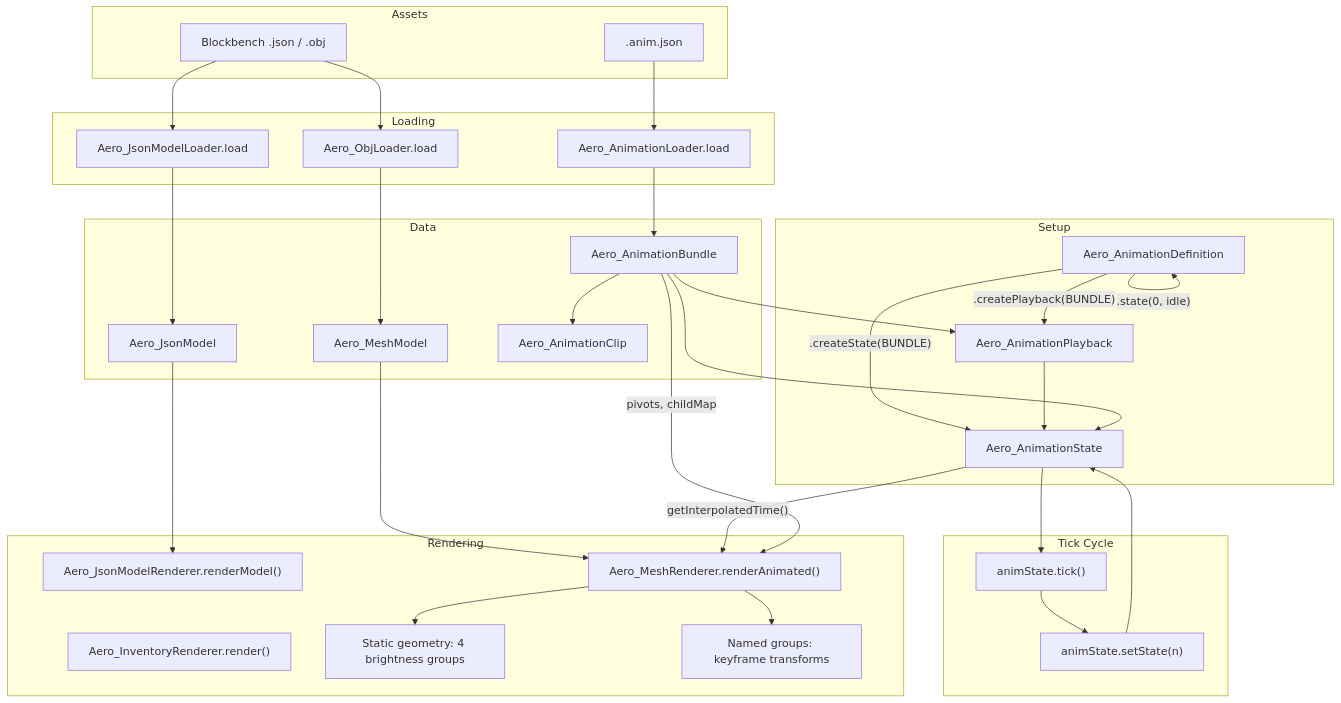
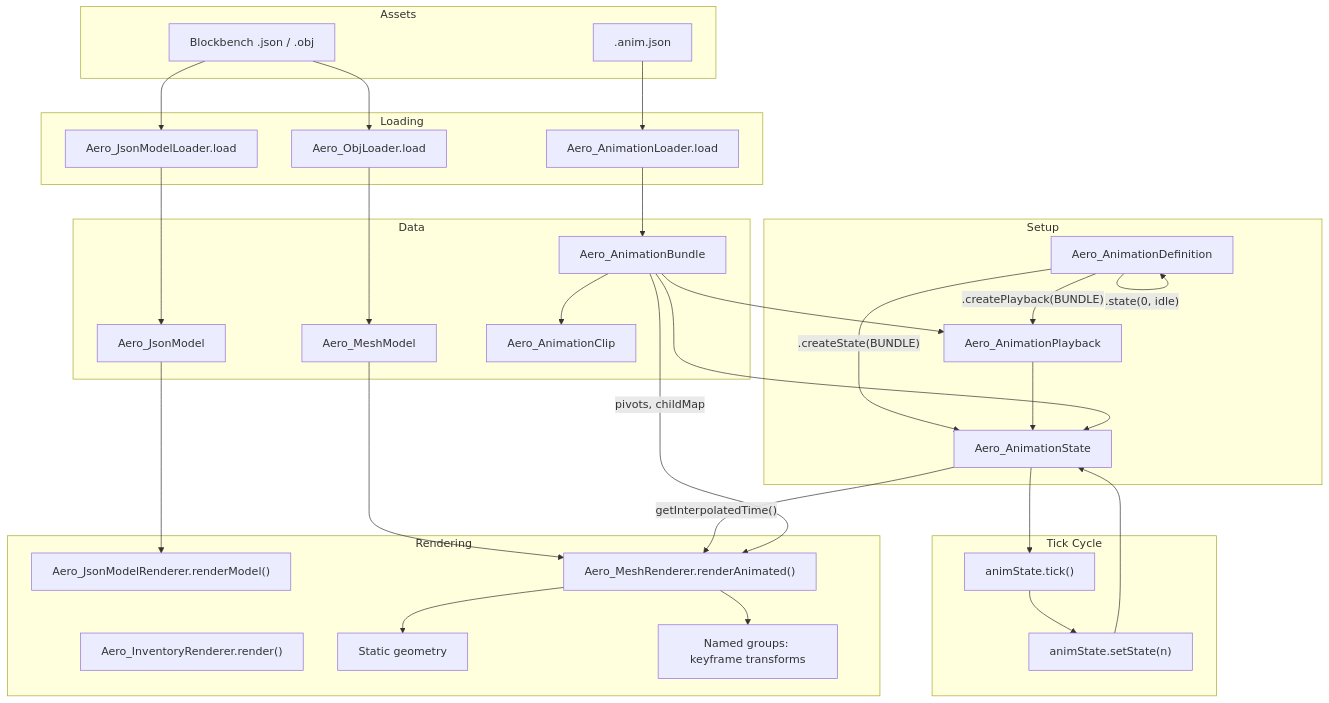
The second of 7 diagrams in DOC.md (lucasrgt/aero-model-lib), drawn with Mermaid before and after one commit. The commit also changed other lines of this file and 1 other file, not shown here.

Commit message:
docs: simplify feature overview

````diff
--- a/DOC.md
+++ b/DOC.md
@@ -156,61 +156,61 @@
 ```mermaid
 flowchart TD
     subgraph Assets
         BB[Blockbench .json / .obj]
         AJ[.anim.json]
     end
 
     subgraph Loading
         ML[Aero_JsonModelLoader.load]
         OL[Aero_ObjLoader.load]
         AL[Aero_AnimationLoader.load]
     end
 
     subgraph Data
         M[Aero_JsonModel]
         MM[Aero_MeshModel]
         AB[Aero_AnimationBundle]
         AC[Aero_AnimationClip]
     end
 
     subgraph Setup
         AD[Aero_AnimationDefinition]
         AP[Aero_AnimationPlayback]
         AS[Aero_AnimationState]
     end
 
     subgraph TickCycle[Tick Cycle]
         T["animState.tick()"]
         SS["animState.setState(n)"]
     end
 
     subgraph Rendering
         RM["Aero_JsonModelRenderer.renderModel()"]
         MR["Aero_MeshRenderer.renderAnimated()"]
         IR2["Aero_InventoryRenderer.render()"]
-        SG[Static geometry: 4 brightness groups]
+        SG[Static geometry]
         NG[Named groups: keyframe transforms]
     end
 
     BB --> ML --> M
     BB --> OL --> MM
     AJ --> AL --> AB --> AC
 
     AD -- ".state(0, idle)" --> AD
     AD -- ".createPlayback(BUNDLE)" --> AP
     AD -- ".createState(BUNDLE)" --> AS
     AP --> AS
     AB --> AP
     AB --> AS
 
     AS --> T --> SS
     SS --> AS
 
     M --> RM
     MM --> MR
     AS -- "getInterpolatedTime()" --> MR
     AB -- "pivots, childMap" --> MR
 
     MR --> SG
     MR --> NG
 ```
````
